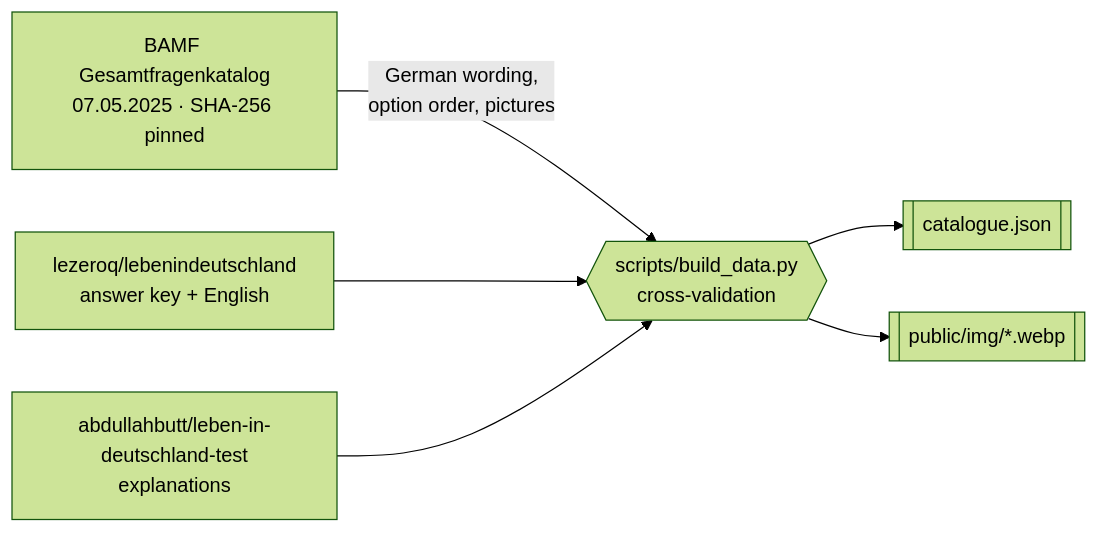
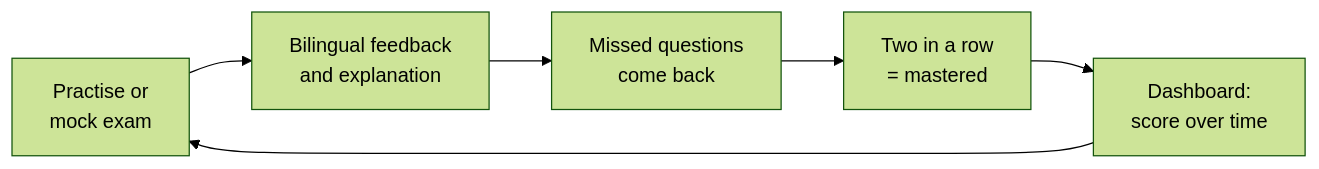
The second of 2 diagrams in README.md (IndrajeetPatil/einbuergerungstest), drawn with Mermaid (forest theme) before and after one commit. The commit also changed other lines of this file and 6 other files, not shown here.

````diff
--- a/README.md
+++ b/README.md
@@ -140,12 +43,8 @@
 ```mermaid
 flowchart LR
-  PDF["BAMF Gesamtfragenkatalog<br/>07.05.2025 · SHA-256 pinned"]
-  LZ["lezeroq/lebenindeutschland<br/>answer key + English"]
-  AB["abdullahbutt/leben-in-deutschland-test<br/>explanations"]
-  Build{{"scripts/build_data.py<br/>cross-validation"}}
-  PDF -- "German wording,<br/>option order, pictures" --> Build
-  LZ --> Build
-  AB --> Build
-  Build --> JSON[["catalogue.json"]]
-  Build --> IMG[["public/img/*.webp"]]
+  Practise["Practise or<br/>mock exam"] --> Feedback["Bilingual feedback<br/>and explanation"]
+  Feedback --> Retry["Missed questions<br/>come back"]
+  Retry --> Mastery["Two in a row<br/>= mastered"]
+  Mastery --> Dashboard["Dashboard:<br/>score over time"]
+  Dashboard --> Practise
 ```
````
